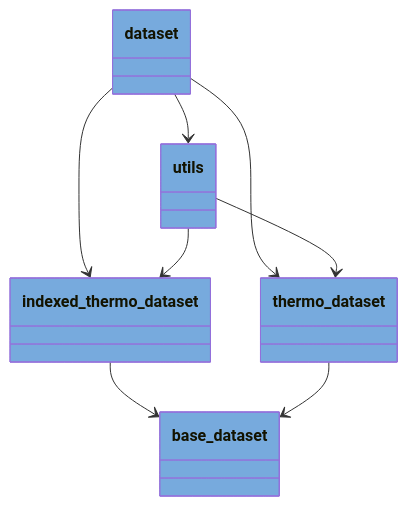
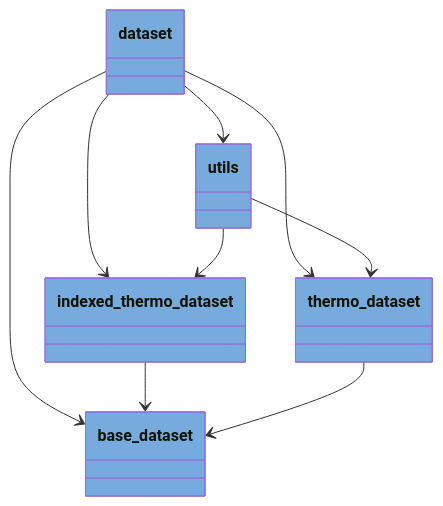
The diagram in docs/pyreverse/mermaid/packages_pythermondt.dataset.mmd (voidsy-gmbh/pyThermoNDT), drawn with Mermaid before and after one commit. The commit also changed 18 other files, not shown here.

```diff
--- a/docs/pyreverse/mermaid/packages_pythermondt.dataset.mmd
+++ b/docs/pyreverse/mermaid/packages_pythermondt.dataset.mmd
@@ -1,23 +1,24 @@
 classDiagram
   class dataset {
   }
   style dataset fill:#77AADD
   class base_dataset {
   }
   style base_dataset fill:#77AADD
   class indexed_thermo_dataset {
   }
   style indexed_thermo_dataset fill:#77AADD
   class thermo_dataset {
   }
   style thermo_dataset fill:#77AADD
   class utils {
   }
   style utils fill:#77AADD
+  dataset --> base_dataset
   dataset --> indexed_thermo_dataset
   dataset --> thermo_dataset
   dataset --> utils
   indexed_thermo_dataset --> base_dataset
   thermo_dataset --> base_dataset
   utils --> indexed_thermo_dataset
   utils --> thermo_dataset
```
